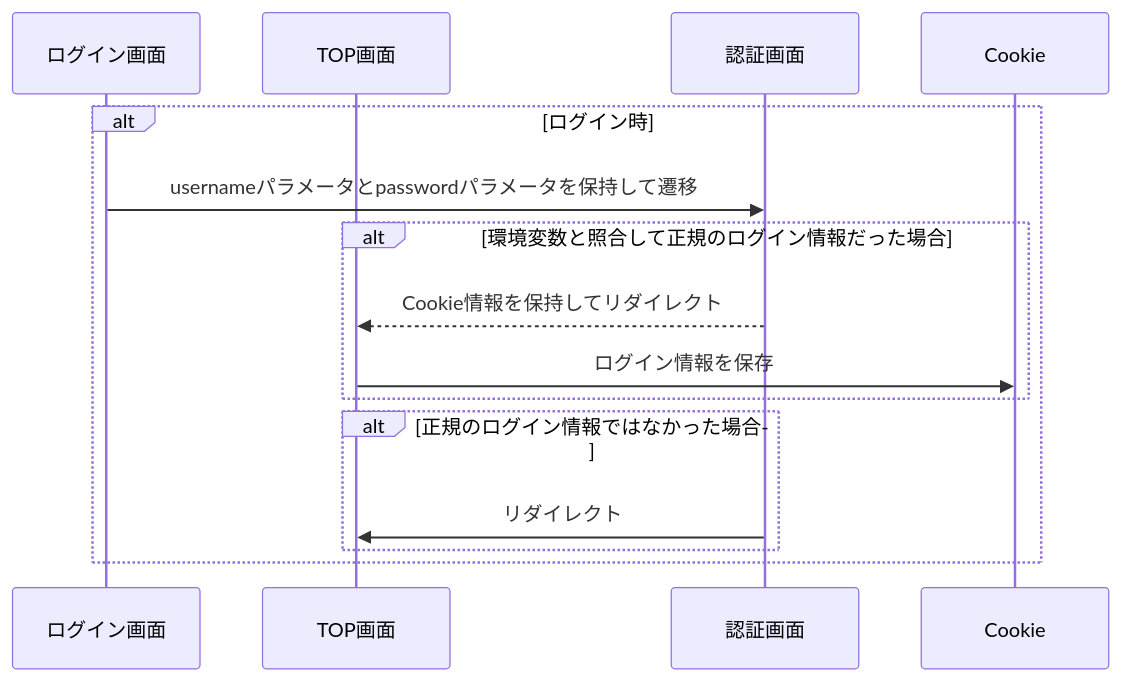
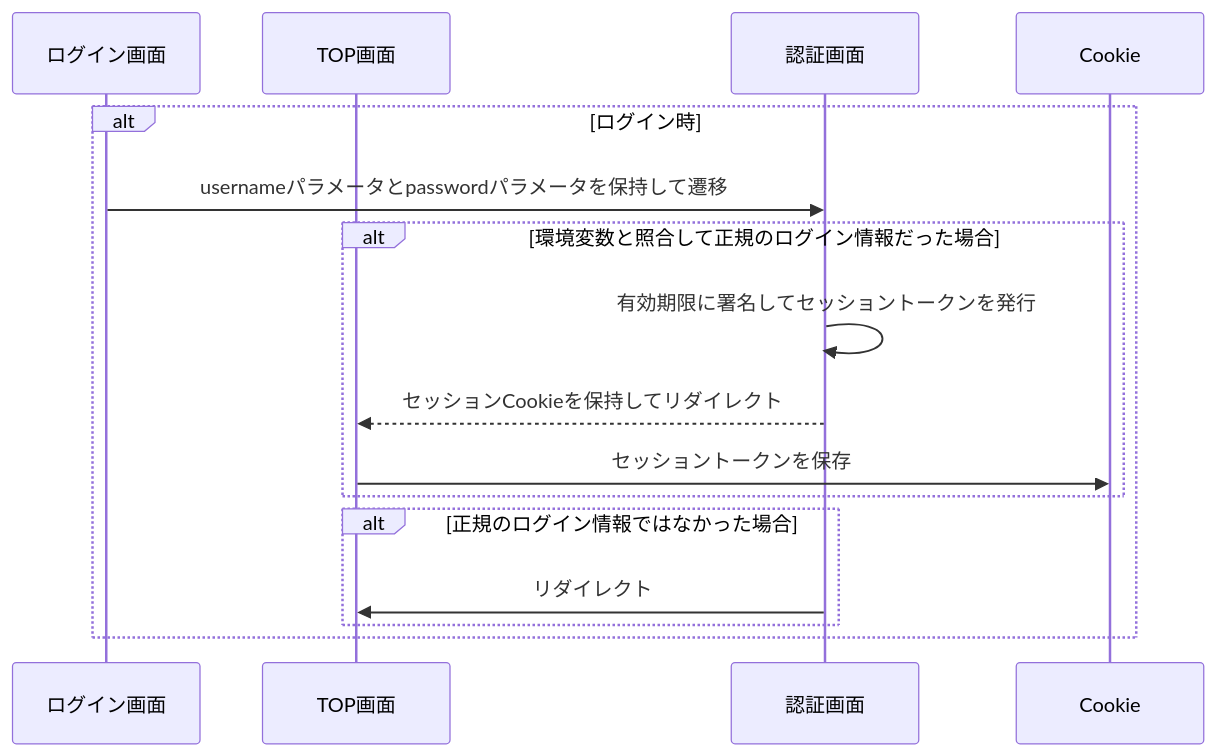
One commit to windchime-yk/cinelog changed the fifth of 6 diagrams in README.md. Above: the diagram before and after it, drawn with Mermaid. The commit also changed other lines of this file and 9 other files, not shown here.

````diff
--- a/README.md
+++ b/README.md
@@ -79,18 +87,19 @@
 ```mermaid
 sequenceDiagram
   participant loginpage as ログイン画面
   participant toppage as TOP画面
   participant redirect as 認証画面
   participant cookie as Cookie
 
   alt ログイン時
     loginpage ->> redirect : usernameパラメータとpasswordパラメータを保持して遷移
     alt 環境変数と照合して正規のログイン情報だった場合
-      redirect -->> toppage : Cookie情報を保持してリダイレクト
-      toppage ->> cookie : ログイン情報を保存
+      redirect ->> redirect : 有効期限に署名してセッショントークンを発行
+      redirect -->> toppage : セッションCookieを保持してリダイレクト
+      toppage ->> cookie : セッショントークンを保存
     end
     alt 正規のログイン情報ではなかった場合 
       redirect ->> toppage : リダイレクト
     end
   end
 ```
````
